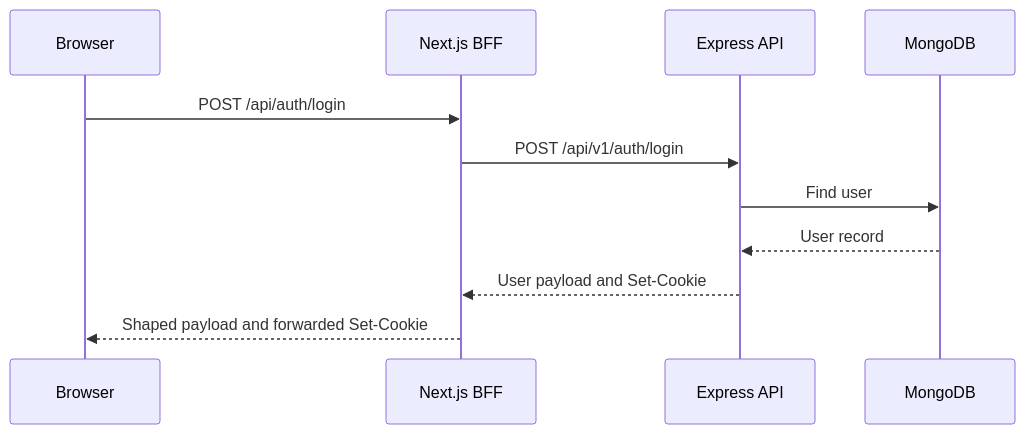
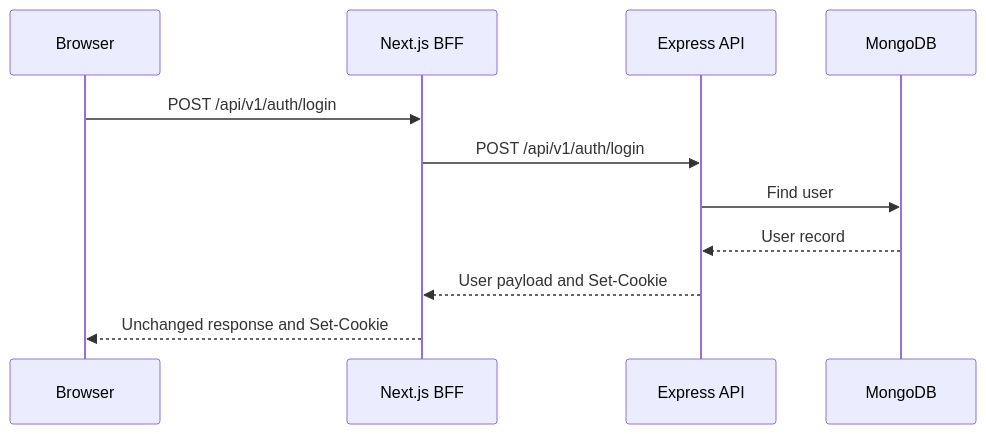
Before and after one commit to DEVASHRAY/tinder-lite-frontend: the third of 4 diagrams in documentation/bff-architecture.md, drawn with Mermaid. The commit also changed other lines of this file and 4 other files, not shown here.

````diff
--- a/documentation/bff-architecture.md
+++ b/documentation/bff-architecture.md
@@ -112,14 +118,14 @@
 ```mermaid
 sequenceDiagram
     participant Browser
     participant BFF as Next.js BFF
     participant API as Express API
     participant DB as MongoDB
 
-    Browser->>BFF: POST /api/auth/login
+    Browser->>BFF: POST /api/v1/auth/login
     BFF->>API: POST /api/v1/auth/login
     API->>DB: Find user
     DB-->>API: User record
     API-->>BFF: User payload and Set-Cookie
-    BFF-->>Browser: Shaped payload and forwarded Set-Cookie
+    BFF-->>Browser: Unchanged response and Set-Cookie
 ```
````
